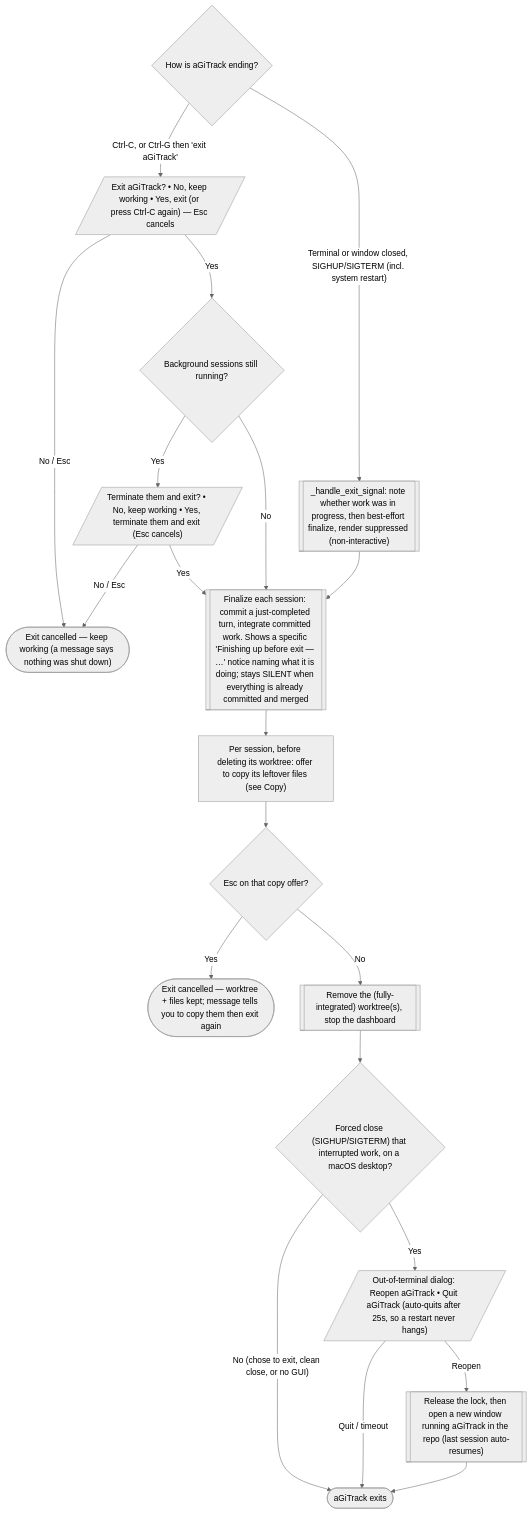
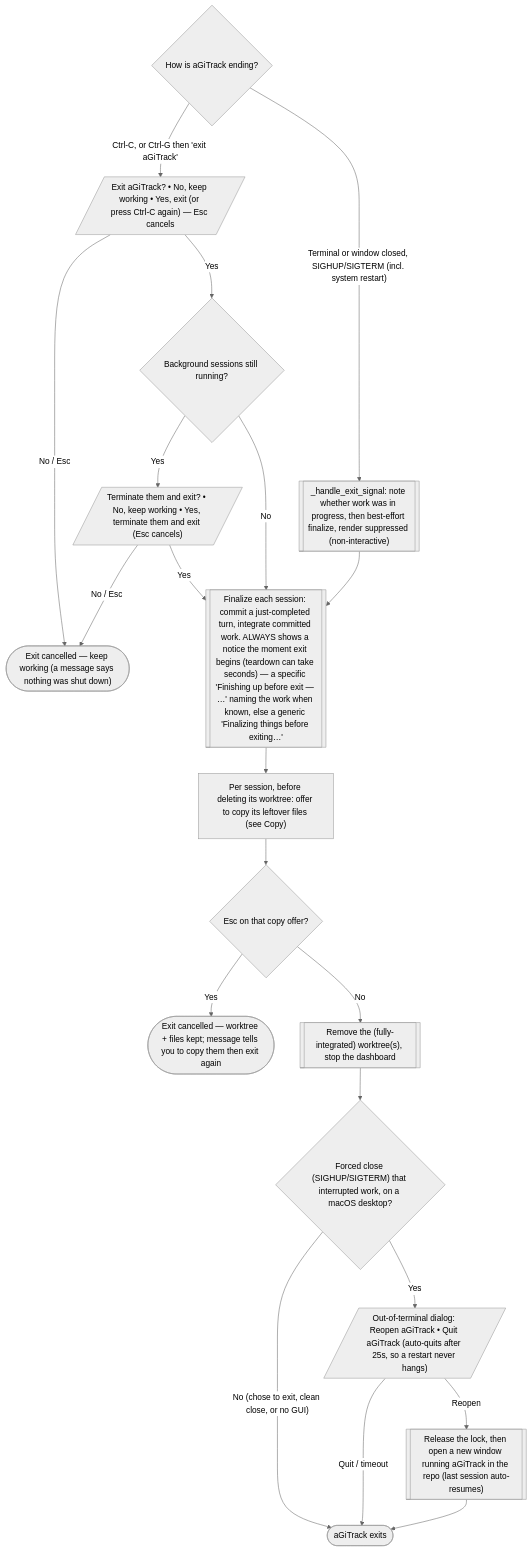
Before and after one commit to core-aix/agitrack: diagram 11 of 15 in docs/user-flow.md, drawn with Mermaid (neutral theme). The commit also changed 2 other files, not shown here.

````diff
--- a/docs/user-flow.md
+++ b/docs/user-flow.md
@@ -441,26 +441,26 @@
 ```mermaid
 flowchart TD
   how{"How is aGiTrack ending?"}
   how -->|"Ctrl-C, or Ctrl-G then 'exit aGiTrack'"| conf[/"Exit aGiTrack? • No, keep working • Yes, exit (or press Ctrl-C again) — Esc cancels"/]
   conf -->|No / Esc| stay(["Exit cancelled — keep working (a message says nothing was shut down)"])
   conf -->|Yes| busy{"Background sessions still running?"}
   busy -->|Yes| term[/"Terminate them and exit? • No, keep working • Yes, terminate them and exit (Esc cancels)"/]
   busy -->|No| fin
   term -->|No / Esc| stay
   term -->|Yes| fin
 
   how -->|"Terminal or window closed, SIGHUP/SIGTERM (incl. system restart)"| sig[["_handle_exit_signal: note whether work was in progress, then best-effort finalize, render suppressed (non-interactive)"]]
 
-  fin[["Finalize each session: commit a just-completed turn, integrate committed work. Shows a specific 'Finishing up before exit — …' notice naming what it is doing; stays SILENT when everything is already committed and merged"]]
+  fin[["Finalize each session: commit a just-completed turn, integrate committed work. ALWAYS shows a notice the moment exit begins (teardown can take seconds) — a specific 'Finishing up before exit — …' naming the work when known, else a generic 'Finalizing things before exiting…'"]]
   fin --> copy2["Per session, before deleting its worktree: offer to copy its leftover files (see Copy)"]
   copy2 --> esc{"Esc on that copy offer?"}
   esc -->|Yes| abort(["Exit cancelled — worktree + files kept; message tells you to copy them then exit again"])
   esc -->|No| rm[["Remove the (fully-integrated) worktree(s), stop the dashboard"]]
   sig --> fin
   rm --> pend{"Forced close (SIGHUP/SIGTERM) that interrupted work, on a macOS desktop?"}
   pend -->|"No (chose to exit, clean close, or no GUI)"| bye(["aGiTrack exits"])
   pend -->|Yes| ask[/"Out-of-terminal dialog: Reopen aGiTrack • Quit aGiTrack (auto-quits after 25s, so a restart never hangs)"/]
   ask -->|Quit / timeout| bye
   ask -->|Reopen| again[["Release the lock, then open a new window running aGiTrack in the repo (last session auto-resumes)"]]
   again --> bye
 ```
````
